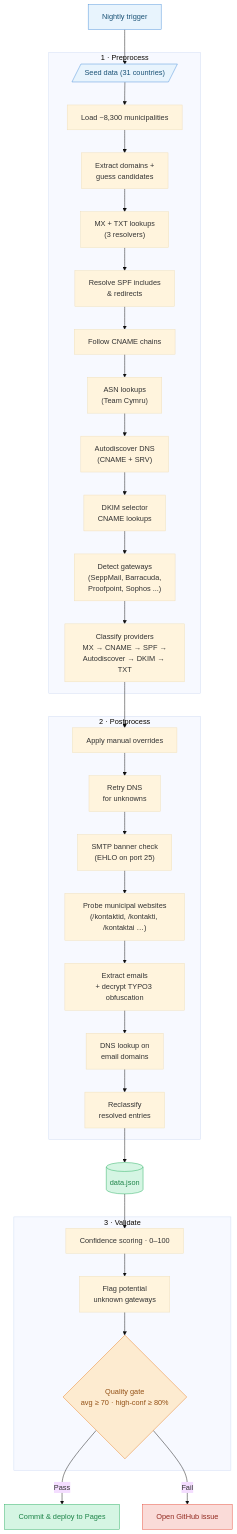
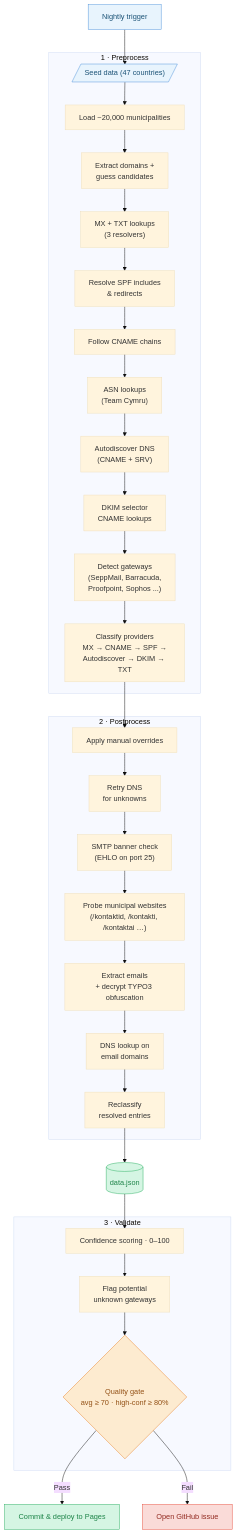
The diagram in README.md (KimTholstorf/mxmap-dk), drawn with Mermaid (base theme) before and after one commit. The commit also changed other lines of this file and 14 other files, not shown here.

````diff
--- a/README.md
+++ b/README.md
@@ -21,46 +21,46 @@
 ```mermaid
 flowchart TD
     trigger["Nightly trigger"] --> seed
 
     subgraph pre ["1 · Preprocess"]
-        seed[/"Seed data (31 countries)"/] --> fetch["Load ~8,300 municipalities"]
+        seed[/"Seed data (47 countries)"/] --> fetch["Load ~20,000 municipalities"]
         fetch --> domains["Extract domains +<br/>guess candidates"]
         domains --> dns["MX + TXT lookups<br/>(3 resolvers)"]
         dns --> spf_resolve["Resolve SPF includes<br/>& redirects"]
         spf_resolve --> cname["Follow CNAME chains"]
         cname --> asn["ASN lookups<br/>(Team Cymru)"]
         asn --> autodiscover["Autodiscover DNS<br/>(CNAME + SRV)"]
         autodiscover --> dkim["DKIM selector<br/>CNAME lookups"]
         dkim --> gateway["Detect gateways<br/>(SeppMail, Barracuda,<br/>Proofpoint, Sophos ...)"]
         gateway --> classify["Classify providers<br/>MX → CNAME → SPF →<br/>Autodiscover → DKIM → TXT"]
     end
 
     classify --> overrides
 
     subgraph post ["2 · Postprocess"]
         overrides["Apply manual overrides"] --> retry["Retry DNS<br/>for unknowns"]
         retry --> smtp["SMTP banner check<br/>(EHLO on port 25)"]
         smtp --> scrape_urls["Probe municipal websites<br/>(/kontaktid, /kontakti, /kontaktai …)"]
         scrape_urls --> extract["Extract emails<br/>+ decrypt TYPO3 obfuscation"]
         extract --> scrape_dns["DNS lookup on<br/>email domains"]
         scrape_dns --> reclassify["Reclassify<br/>resolved entries"]
     end
 
     reclassify --> data[("data.json")]
     data --> score
 
     subgraph val ["3 · Validate"]
         score["Confidence scoring · 0–100"] --> gwarn["Flag potential<br/>unknown gateways"]
         gwarn --> gate{"Quality gate<br/>avg ≥ 70 · high-conf ≥ 80%"}
     end
 
     gate -- "Pass" --> deploy["Commit & deploy to Pages"]
     gate -- "Fail" --> issue["Open GitHub issue"]
 
     style trigger fill:#e8f4fd,stroke:#4a90d9,color:#1a5276
     style seed fill:#e8f4fd,stroke:#4a90d9,color:#1a5276
     style data fill:#d5f5e3,stroke:#27ae60,color:#1e8449
     style deploy fill:#d5f5e3,stroke:#27ae60,color:#1e8449
     style issue fill:#fadbd8,stroke:#e74c3c,color:#922b21
     style gate fill:#fdebd0,stroke:#e67e22,color:#935116
 ```
````
